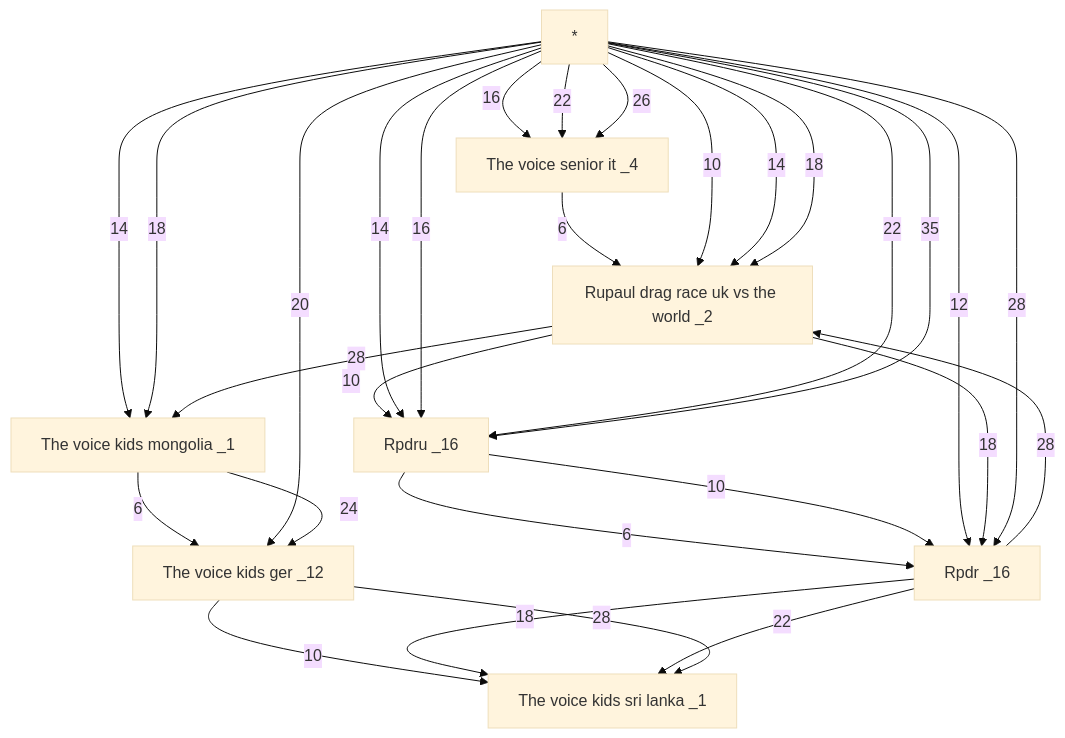
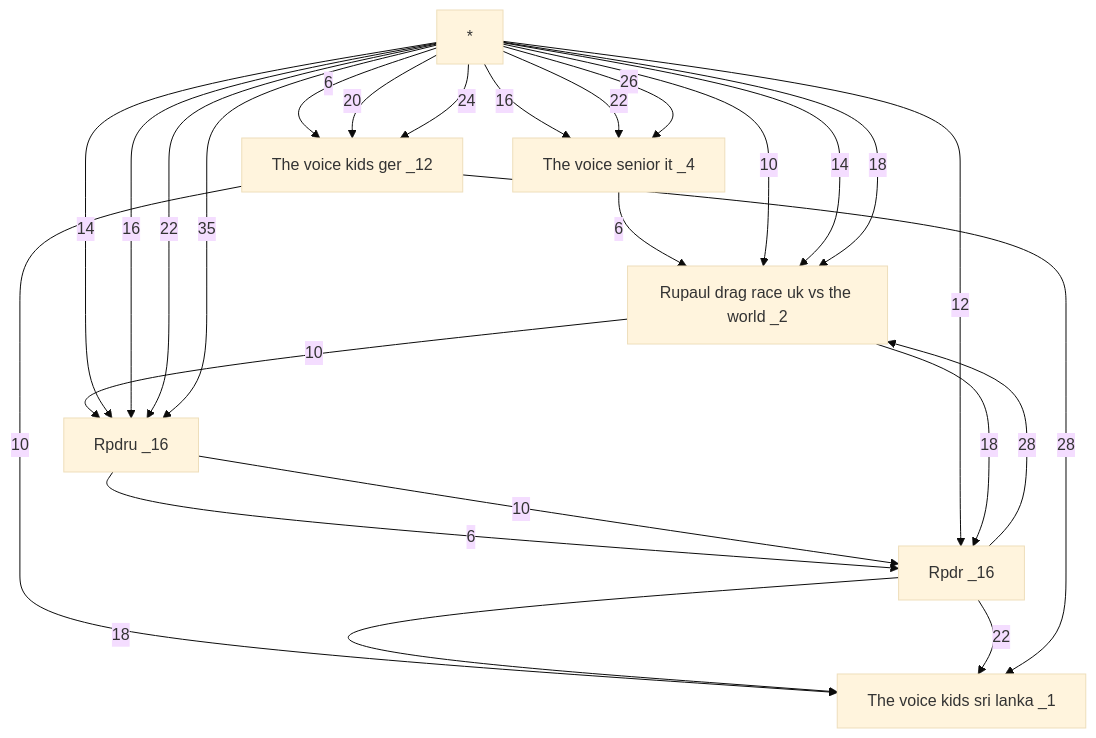
The second of 12 diagrams in ajout240325.md (mell421/mermaid), drawn with Mermaid (base theme) before and after one commit. The commit also changed other lines of this file, not shown here.

Commit message:
fin tvkmon

````diff
--- a/ajout240325.md
+++ b/ajout240325.md
@@ -14,26 +14,24 @@
 ```mermaid
 flowchart TD
-    D[The voice kids mongolia _1] -- 6 --> E[The voice kids ger _12] 
-C[The voice senior it _4] -- 6 --> G[Rupaul drag race uk vs the world _2] 
+    G[*] -- 6 --> D[The voice kids ger _12] 
+C[The voice senior it _4] -- 6 --> E[Rupaul drag race uk vs the world _2] 
 A[Rpdru _16] -- 6 --> F[Rpdr _16] 
-E[The voice kids ger _12] -- 10 --> B[The voice kids sri lanka _1] 
-H[*] -- 10 --> G[Rupaul drag race uk vs the world _2]  -- 10 --> A[Rpdru _16] -- 10 --> F[Rpdr _16] 
-H[*] -- 12 --> F[Rpdr _16] 
-H[*] -- 14 --> D[The voice kids mongolia _1] 
-H[*] -- 14 --> G[Rupaul drag race uk vs the world _2] 
-H[*] -- 14 --> A[Rpdru _16] 
-H[*] -- 16 --> C[The voice senior it _4] 
-H[*] -- 16 --> A[Rpdru _16] 
-H[*] -- 18 --> G[Rupaul drag race uk vs the world _2]  -- 18 --> F[Rpdr _16] -- 18 --> B[The voice kids sri lanka _1] 
-H[*] -- 18 --> D[The voice kids mongolia _1] 
-H[*] -- 20 --> E[The voice kids ger _12] 
-H[*] -- 22 --> A[Rpdru _16] 
-H[*] -- 22 --> C[The voice senior it _4] 
+D[The voice kids ger _12] -- 10 --> B[The voice kids sri lanka _1] 
+G[*] -- 10 --> E[Rupaul drag race uk vs the world _2]  -- 10 --> A[Rpdru _16] -- 10 --> F[Rpdr _16] 
+G[*] -- 12 --> F[Rpdr _16] 
+G[*] -- 14 --> E[Rupaul drag race uk vs the world _2] 
+G[*] -- 14 --> A[Rpdru _16] 
+G[*] -- 16 --> C[The voice senior it _4] 
+G[*] -- 16 --> A[Rpdru _16] 
+G[*] -- 18 --> E[Rupaul drag race uk vs the world _2]  -- 18 --> F[Rpdr _16] -- 18 --> B[The voice kids sri lanka _1] 
+G[*] -- 20 --> D[The voice kids ger _12] 
+G[*] -- 22 --> A[Rpdru _16] 
+G[*] -- 22 --> C[The voice senior it _4] 
 F[Rpdr _16] -- 22 --> B[The voice kids sri lanka _1] 
-D[The voice kids mongolia _1] -- 24 --> E[The voice kids ger _12] 
-H[*] -- 26 --> C[The voice senior it _4] 
-H[*] -- 28 --> F[Rpdr _16]  -- 28 --> G[Rupaul drag race uk vs the world _2] -- 28 --> D[The voice kids mongolia _1] 
-E[The voice kids ger _12] -- 28 --> B[The voice kids sri lanka _1] 
-H[*] -- 35 --> A[Rpdru _16] 
+G[*] -- 24 --> D[The voice kids ger _12] 
+G[*] -- 26 --> C[The voice senior it _4] 
+F[Rpdr _16] -- 28 --> E[Rupaul drag race uk vs the world _2] 
+D[The voice kids ger _12] -- 28 --> B[The voice kids sri lanka _1] 
+G[*] -- 35 --> A[Rpdru _16] 
 
 ```
````
